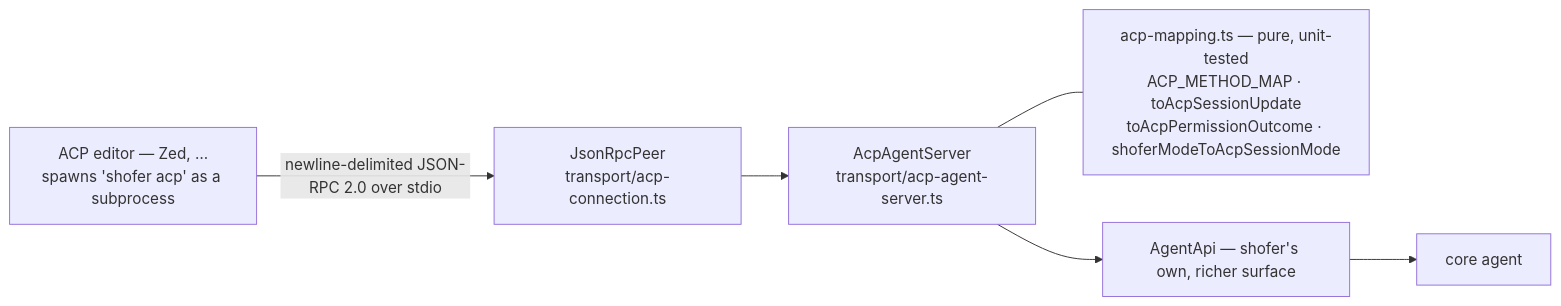
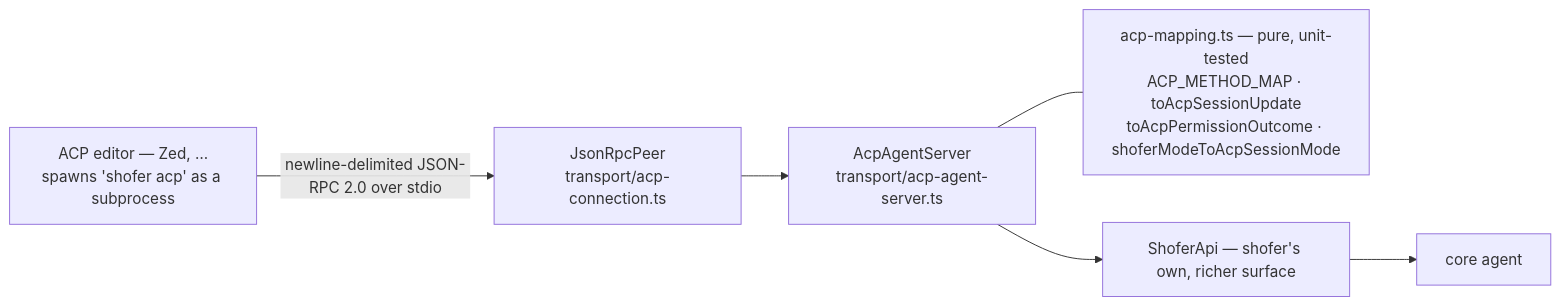
The first of 2 diagrams in docs/acp.md (shofer-dev/shofer), drawn with Mermaid before and after one commit. The commit also changed other lines of this file and 64 other files, not shown here.

First line of the commit message:
refactor(api)!: rename AgentApi -> ShoferApi, ShoferAPI -> ShoferExtensionApi

````diff
--- a/docs/acp.md
+++ b/docs/acp.md
@@ -14,15 +14,15 @@
 ```mermaid
 flowchart LR
     ED["ACP editor — Zed, …<br/>spawns 'shofer acp' as a subprocess"]
     RPC["JsonRpcPeer<br/>transport/acp-connection.ts"]
     SRV["AcpAgentServer<br/>transport/acp-agent-server.ts"]
     MAP["acp-mapping.ts — pure, unit-tested<br/>ACP_METHOD_MAP · toAcpSessionUpdate<br/>toAcpPermissionOutcome · shoferModeToAcpSessionMode"]
-    API["AgentApi — shofer's own, richer surface"]
+    API["ShoferApi — shofer's own, richer surface"]
     CORE["core agent"]
 
     ED -->|"newline-delimited JSON-RPC 2.0 over stdio"| RPC
     RPC --> SRV
     SRV --- MAP
     SRV --> API
     API --> CORE
 ```
````
